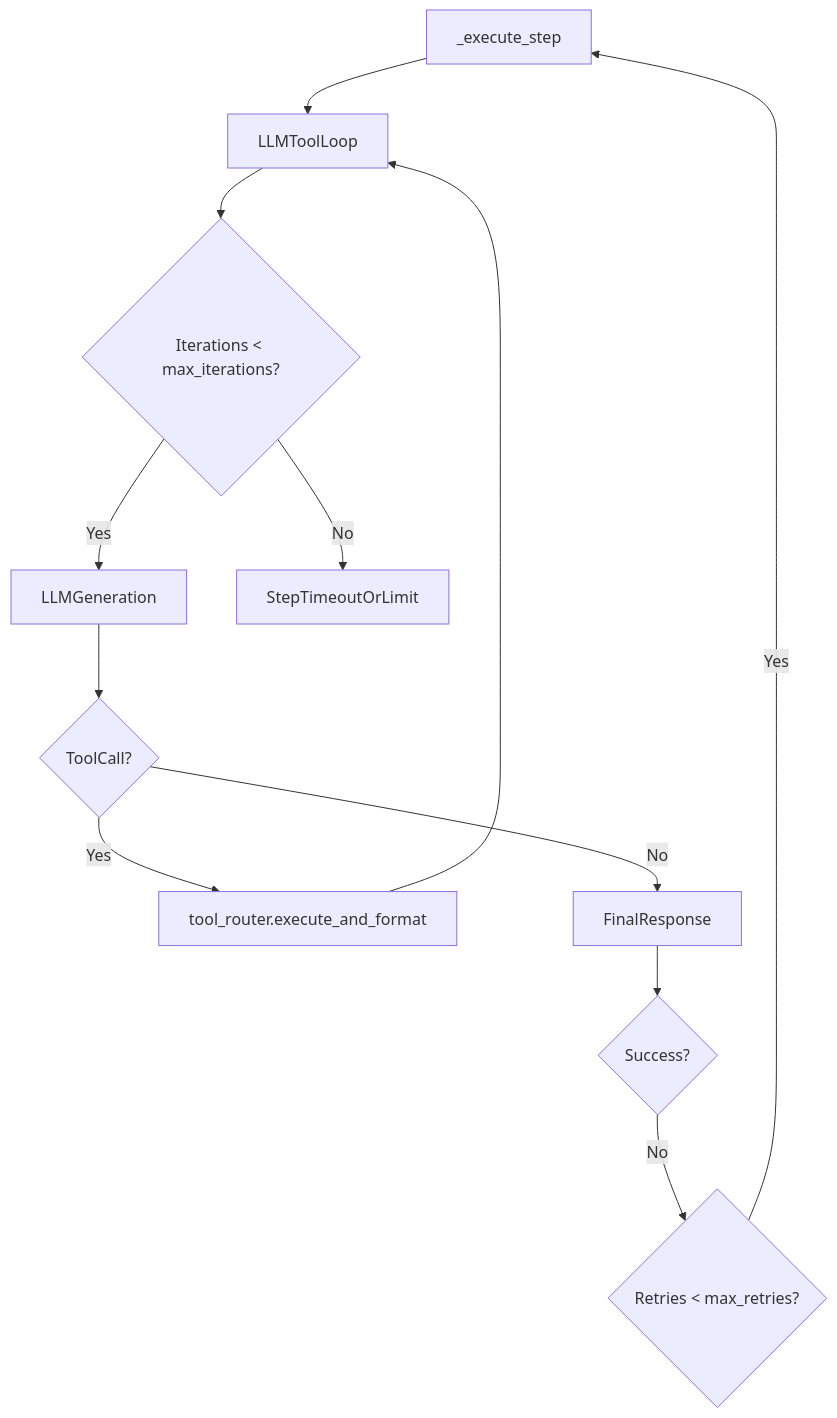
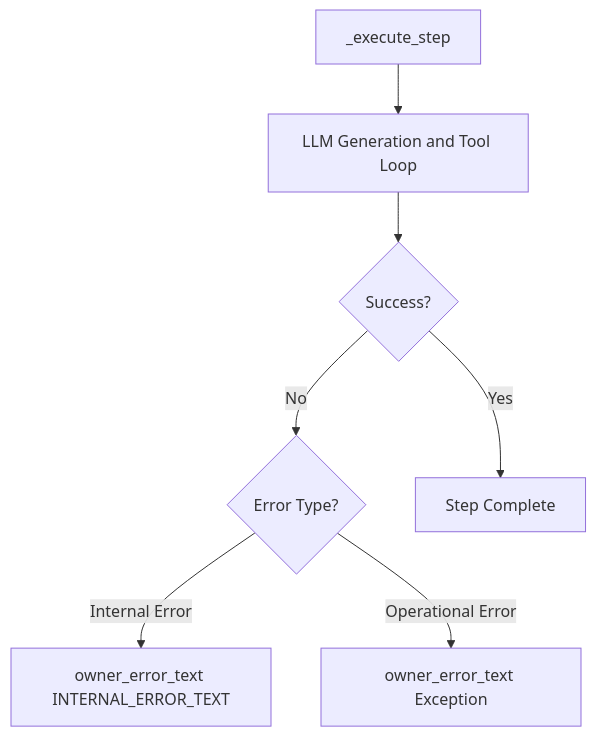
The third of 6 diagrams in docs/workflows-recipes/execution-configuration.md (AutomatosAI/automatos-ai), drawn with Mermaid before and after one commit. The commit also changed other lines of this file and 188 other files, not shown here.

First line of the commit message:
docs: refresh architecture docs and add coverage for new subsystems (#1416)

````diff
--- a/docs/workflows-recipes/execution-configuration.md
+++ b/docs/workflows-recipes/execution-configuration.md
@@ -126,16 +115,9 @@
 ```mermaid
 graph TB
-    Execute["_execute_step"] --> Loop["LLMToolLoop"]
-    Loop --> IterCheck{Iterations < max_iterations?}
-    IterCheck -->|Yes| Run["LLMGeneration"]
-    IterCheck -->|No| FailStep["StepTimeoutOrLimit"]
-    
-    Run --> ToolCheck{ToolCall?}
-    ToolCheck -->|Yes| ToolExec["tool_router.execute_and_format"]
-    ToolExec --> Loop
-    ToolCheck -->|No| Final["FinalResponse"]
-    
-    Final --> SuccessCheck{Success?}
-    SuccessCheck -->|No| RetryCheck{Retries < max_retries?}
-    RetryCheck -->|Yes| Execute
+    ExecuteStep["_execute_step"] --> LLMRun["LLM Generation and Tool Loop"]
+    LLMRun --> SuccessCheck{"Success?"}
+    SuccessCheck -->|No| ErrCheck{"Error Type?"}
+    ErrCheck -->|Internal Error| IntErr["owner_error_text INTERNAL_ERROR_TEXT"]
+    ErrCheck -->|Operational Error| OpErr["owner_error_text Exception"]
+    SuccessCheck -->|Yes| StepComplete["Step Complete"]
 ```
````
